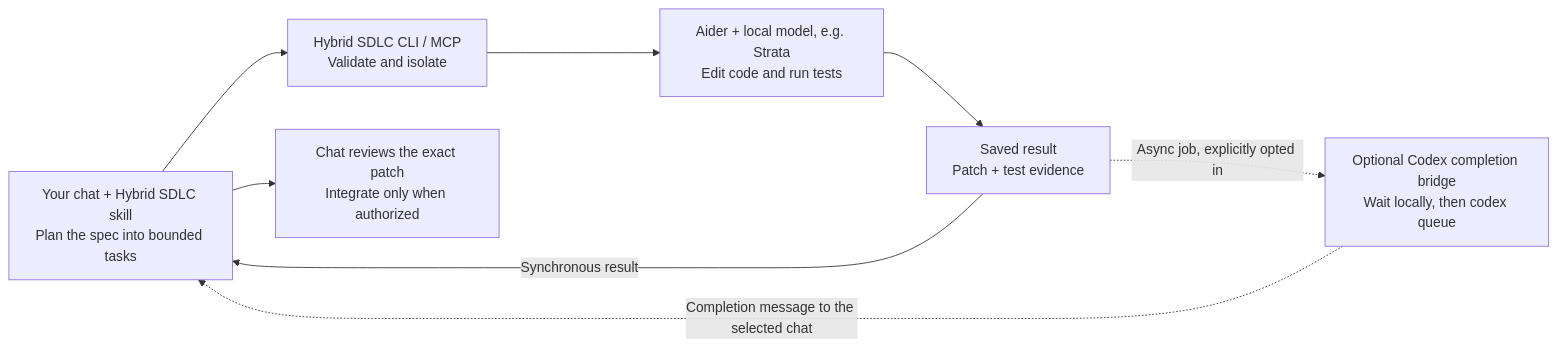
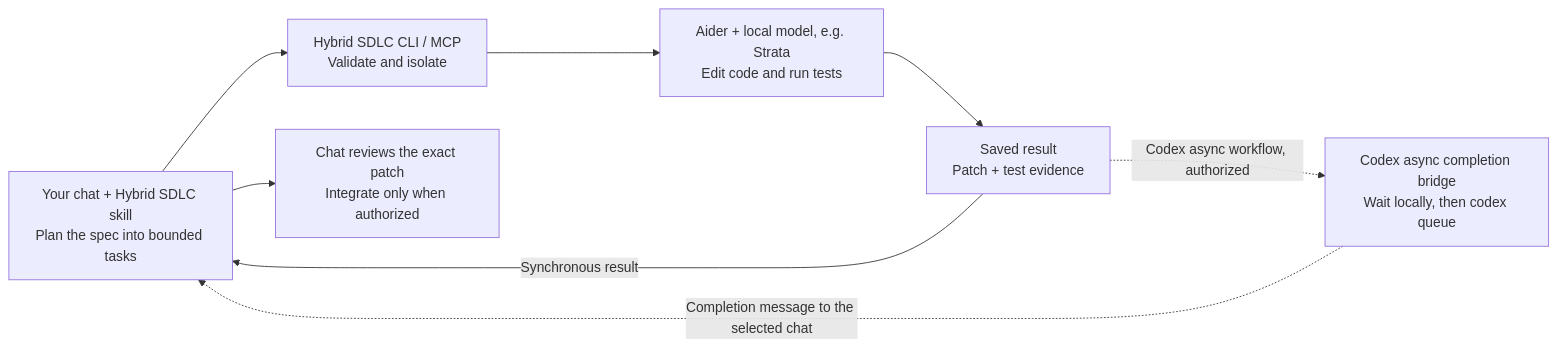
One commit to rainier-brioso/hybrid_sdlc changed the diagram in README.md. Above: the diagram before and after it, drawn with Mermaid. The commit also changed other lines of this file and 10 other files, not shown here.

Commit message:
docs: require completion bridge in Codex async orchestration

````diff
--- a/README.md
+++ b/README.md
@@ -9,15 +9,15 @@
 ```mermaid
 flowchart LR
     Chat["Your chat + Hybrid SDLC skill<br/>Plan the spec into bounded tasks"]
     Runner["Hybrid SDLC CLI / MCP<br/>Validate and isolate"]
     Worker["Aider + local model, e.g. Strata<br/>Edit code and run tests"]
     Result["Saved result<br/>Patch + test evidence"]
-    Bridge["Optional Codex completion bridge<br/>Wait locally, then codex queue"]
+    Bridge["Codex async completion bridge<br/>Wait locally, then codex queue"]
     Review["Chat reviews the exact patch<br/>Integrate only when authorized"]
 
     Chat --> Runner --> Worker --> Result
     Result -->|"Synchronous result"| Chat
-    Result -.->|"Async job, explicitly opted in"| Bridge
+    Result -.->|"Codex async workflow, authorized"| Bridge
     Bridge -.->|"Completion message to the selected chat"| Chat
     Chat --> Review
 ```
````
